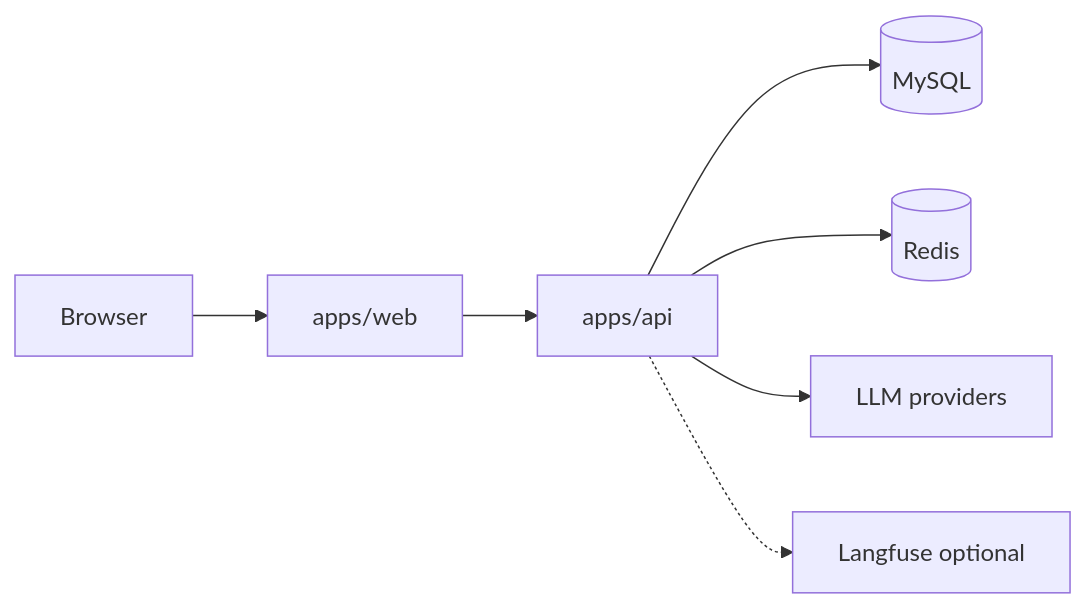
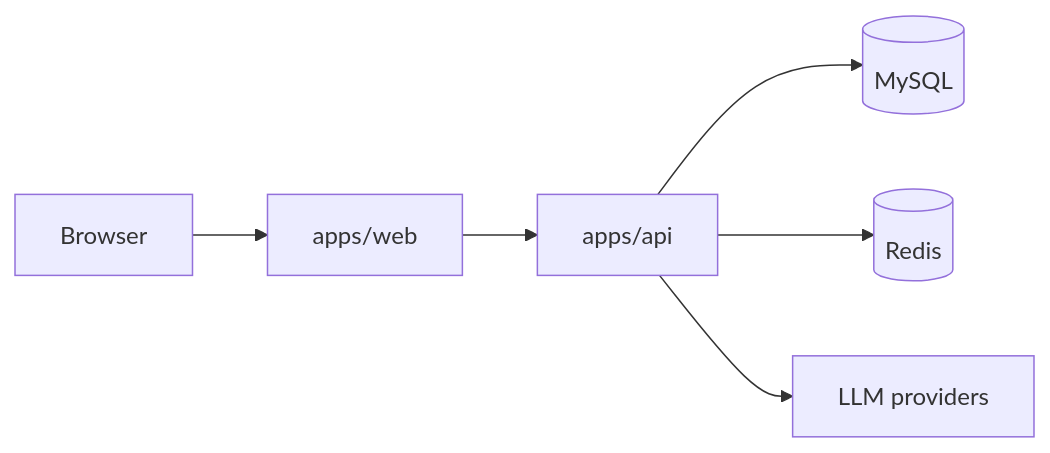
The diagram in README.md (recombyn/recombine), drawn with Mermaid before and after one commit. The commit also changed other lines of this file and 25 other files, not shown here.

````diff
--- a/README.md
+++ b/README.md
@@ -78,9 +76,8 @@
 ```mermaid
 flowchart LR
   User[Browser] --> Web[apps/web]
   Web --> API[apps/api]
   API --> MySQL[(MySQL)]
   API --> Redis[(Redis)]
   API --> LLM[LLM providers]
-  API -.-> LF[Langfuse optional]
 ```
````
